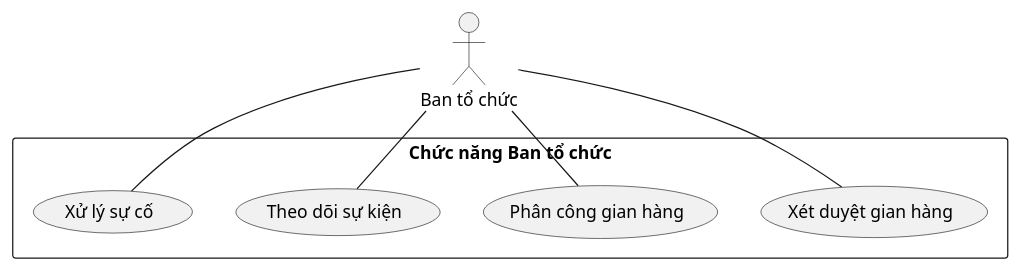
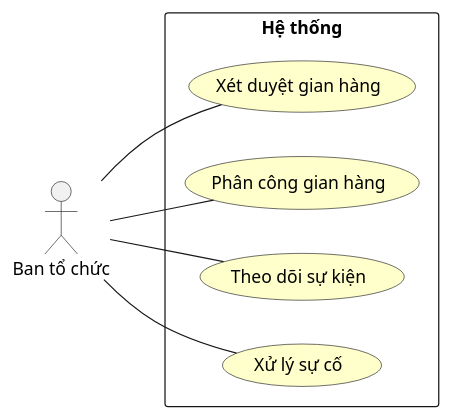
Before and after one commit to DavidSatoh/CNPM-school-food-festivals: the seventh of 8 diagrams in README.md, drawn with PlantUML. The commit also changed other lines of this file, not shown here.

````diff
--- a/README.md
+++ b/README.md
@@ -382,17 +419,29 @@
 ```plantuml
-@startuml
+@startuml "Biểu đồ Use Case chức năng Ban tổ chức"
+
+skinparam usecase {
+    BackgroundColor BUSINESS
+}
+
+skinparam note {
+    BackgroundColor LightSkyBlue
+}
+
+left to right direction
+
 actor "Ban tổ chức" as Org
 
-rectangle "Chức năng Ban tổ chức" {
-  usecase "Xét duyệt gian hàng" as UC1
-  usecase "Phân công gian hàng" as UC2
-  usecase "Theo dõi sự kiện" as UC3
-  usecase "Xử lý sự cố" as UC4
+rectangle "Hệ thống" {
+    usecase "Xét duyệt gian hàng" as ApproveBooth
+    usecase "Phân công gian hàng" as AssignBooth
+    usecase "Theo dõi sự kiện" as MonitorEvent
+    usecase "Xử lý sự cố" as HandleIssue
 }
 
-Org -- UC1
-Org -- UC2
-Org -- UC3
-Org -- UC4
+Org -- ApproveBooth
+Org -- AssignBooth
+Org -- MonitorEvent
+Org -- HandleIssue
+
 @enduml
 ```
````
